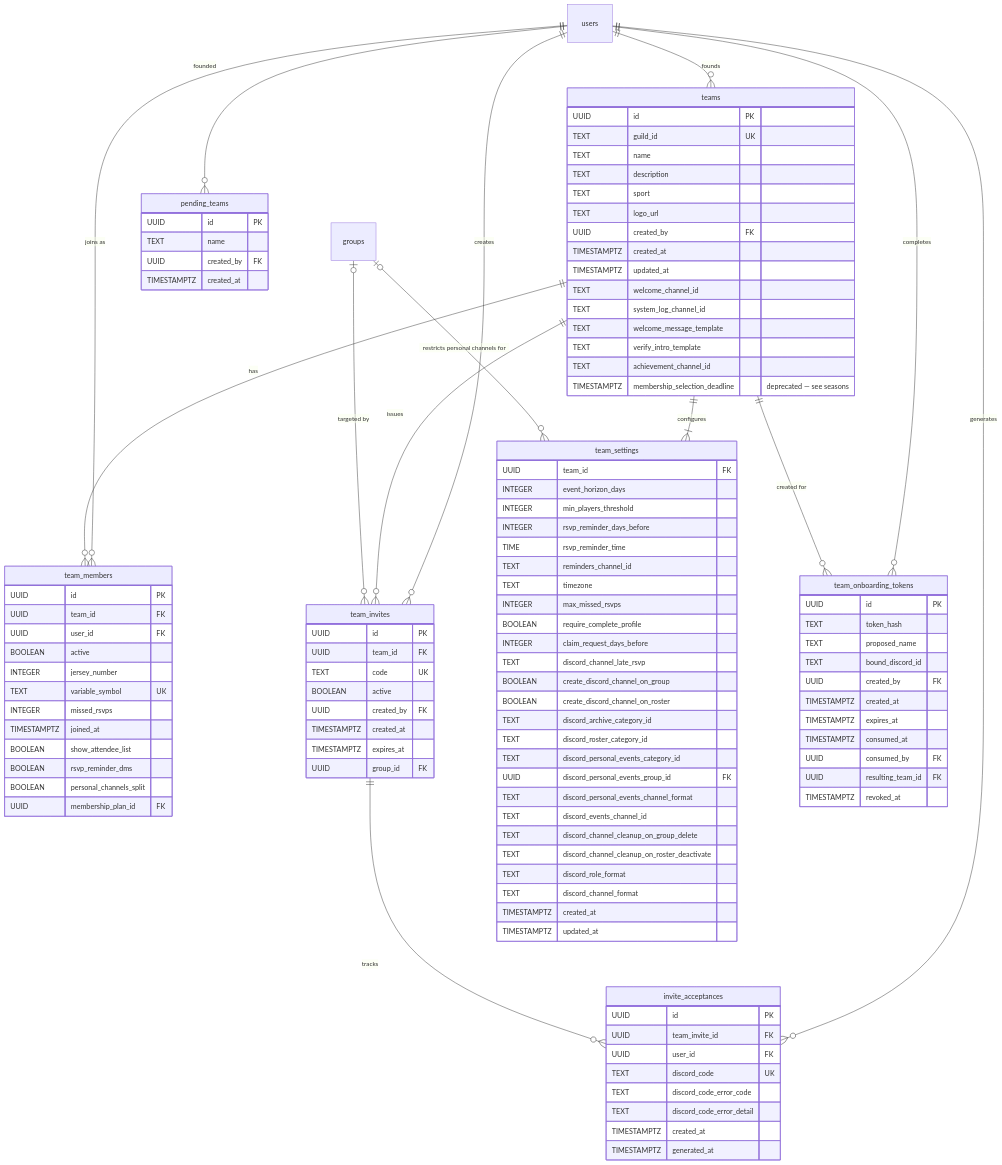
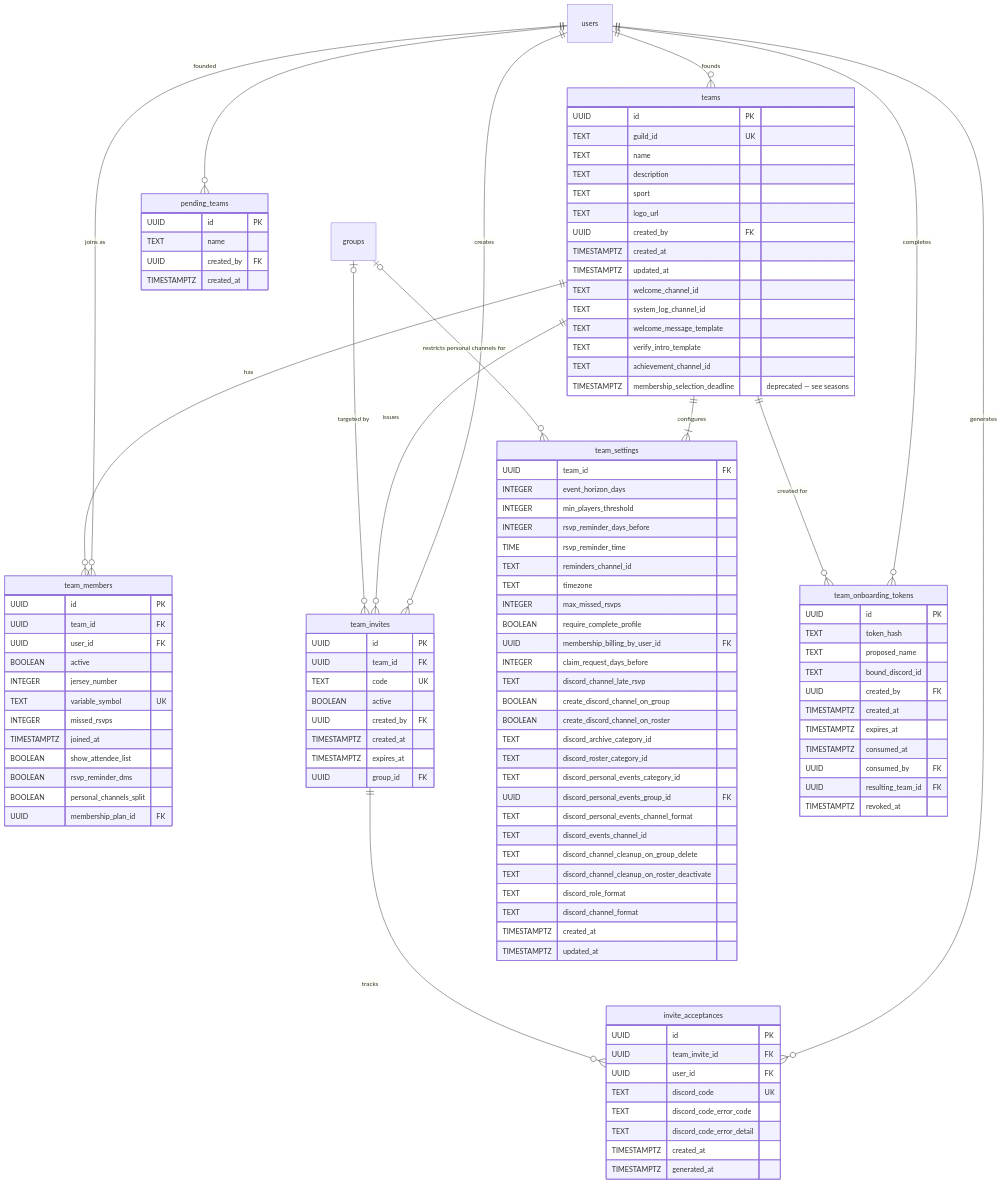
One commit to sideline-cz/sideline changed the third of 23 diagrams in docs/thesis/er-diagram.md. Above: the diagram before and after it, drawn with Mermaid. The commit also changed other lines of this file and 39 other files, not shown here.

```diff
--- a/docs/thesis/er-diagram.md
+++ b/docs/thesis/er-diagram.md
@@ -302,6 +304,7 @@
         TEXT timezone
         INTEGER max_missed_rsvps
         BOOLEAN require_complete_profile
+        UUID membership_billing_by_user_id FK
         INTEGER claim_request_days_before
         TEXT discord_channel_late_rsvp
         BOOLEAN create_discord_channel_on_group
```
